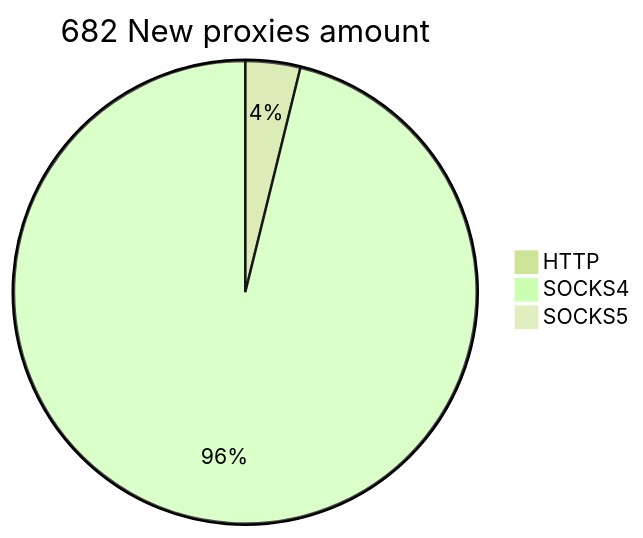
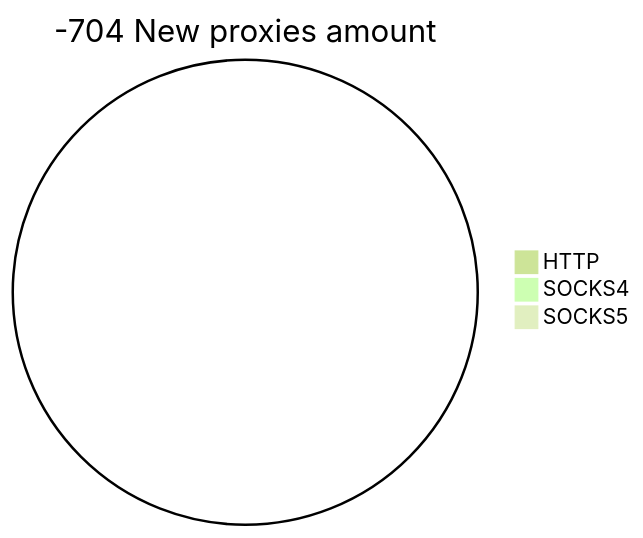
The second of 2 diagrams in README.md (cutipu/proxylist), drawn with Mermaid (forest theme) before and after one commit. The commit also changed other lines of this file, not shown here.

````diff
--- a/README.md
+++ b/README.md
@@ -10,6 +10,6 @@
 ```mermaid
-pie title 682 New proxies amount
-    "HTTP" : 27
-    "SOCKS4" : 677
+pie title -704 New proxies amount
+    "HTTP" : 0
+    "SOCKS4" : 0
     "SOCKS5" : 0
 ```
````
